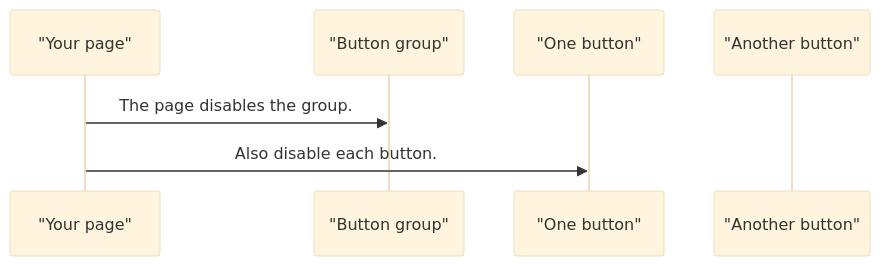
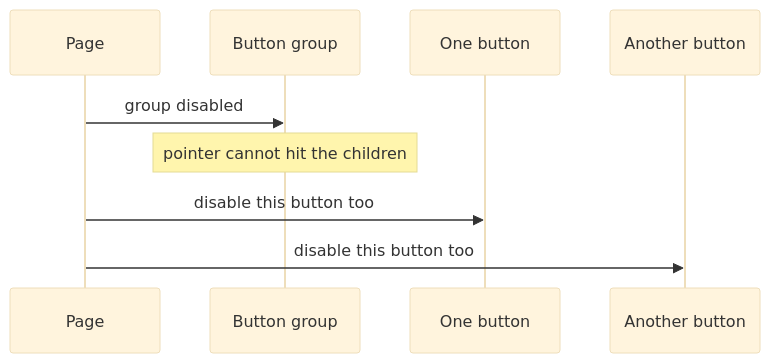
One commit to RajshekharBorate/pixel-ui changed the third of 3 diagrams in projects/pixel-ui/src/lib/pixel-button-group/DESIGN.md. Above: the diagram before and after it, drawn with Mermaid (base theme). The commit also changed other lines of this file and 73 other files, not shown here.

Commit message:
Explain who owns each value and what each flow does in every component and service design.

````diff
--- a/projects/pixel-ui/src/lib/pixel-button-group/DESIGN.md
+++ b/projects/pixel-ui/src/lib/pixel-button-group/DESIGN.md
@@ -60,9 +81,11 @@
 ```mermaid
 sequenceDiagram
-  participant page as "Your page"
-  participant group as "Button group"
-  participant one as "One button"
-  participant two as "Another button"
-  page->>group: The page disables the group.
-  page->>one: Also disable each button.
+  participant Page
+  participant Group as Button group
+  participant One as One button
+  participant Two as Another button
+  Page->>Group: group disabled
+  Note over Group: pointer cannot hit the children
+  Page->>One: disable this button too
+  Page->>Two: disable this button too
 ```
````
